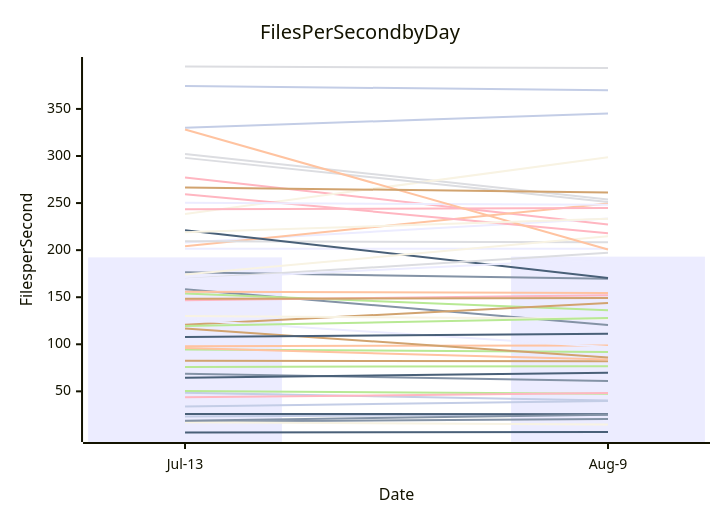
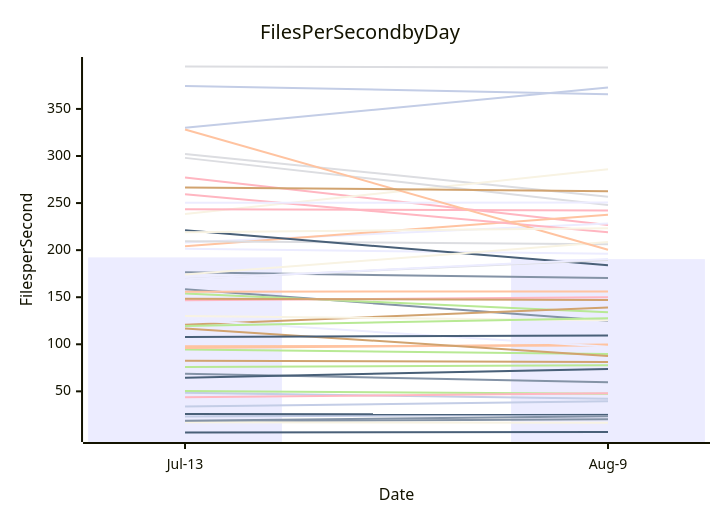
The diagram in perf-report.md (streetsidesoftware/cspell), drawn with Mermaid before and after one commit. The commit also changed other lines of this file and 2 other files, not shown here.

````diff
--- a/perf-report.md
+++ b/perf-report.md
@@ -11,57 +11,57 @@
 ```mermaid
 xychart-beta
     title Files Per Second by Day
     y-axis Files per Second
     x-axis Date [Jul-13, Aug-9]
-    bar [192.31, 193.11]
-    line [17.82, 20.68]
-    line [97.93, 98.82]
-    line [302.24, 253.74]
-    line [94.47, 91.82]
-    line [82.41, 81.85]
-    line [48.47, 40.41]
-    line [277.07, 227.27]
-    line [6.29, 6.73]
-    line [238.39, 298.78]
-    line [208.19, 233.71]
-    line [158.48, 120.52]
-    line [204.20, 249.58]
-    line [209.39, 208.48]
-    line [153.81, 136.16]
-    line [120.84, 143.72]
-    line [23.34, 25.44]
-    line [146.76, 152.19]
-    line [25.88, 25.75]
-    line [17.18, 14.71]
-    line [201.45, 201.58]
-    line [176.39, 169.63]
-    line [96.02, 83.73]
-    line [298.01, 251.21]
-    line [76.00, 76.70]
-    line [148.29, 149.06]
-    line [374.43, 369.78]
-    line [259.46, 218.06]
-    line [221.06, 170.53]
-    line [129.95, 127.08]
-    line [126.09, 97.05]
-    line [68.71, 60.93]
-    line [155.87, 154.35]
-    line [169.41, 197.19]
-    line [50.42, 47.45]
-    line [116.87, 86.00]
-    line [330.04, 345.24]
-    line [243.47, 244.65]
-    line [64.41, 69.79]
-    line [174.01, 214.84]
-    line [250.26, 248.30]
-    line [18.90, 25.04]
-    line [328.06, 200.72]
-    line [395.07, 393.48]
-    line [119.39, 127.88]
-    line [266.63, 261.34]
-    line [33.78, 39.88]
-    line [43.65, 48.16]
-    line [107.84, 111.25]
-    line [218.96, 233.27]
-    line [169.05, 190.84]
+    bar [192.31, 190.47]
+    line [17.82, 20.46]
+    line [97.93, 98.72]
+    line [302.24, 256.64]
+    line [94.47, 89.76]
+    line [82.41, 81.19]
+    line [48.47, 42.05]
+    line [277.07, 226.77]
+    line [6.29, 6.69]
+    line [238.39, 285.90]
+    line [208.19, 228.22]
+    line [158.48, 124.99]
+    line [204.20, 237.64]
+    line [209.39, 206.36]
+    line [153.81, 134.11]
+    line [120.84, 138.97]
+    line [23.34, 25.28]
+    line [146.76, 149.90]
+    line [25.88, 25.69]
+    line [17.18, 16.70]
+    line [201.45, 196.10]
+    line [176.39, 170.29]
+    line [96.02, 99.76]
+    line [298.01, 247.91]
+    line [76.00, 77.63]
+    line [148.29, 146.98]
+    line [374.43, 365.68]
+    line [259.46, 219.06]
+    line [221.06, 184.00]
+    line [129.95, 125.65]
+    line [126.09, 97.29]
+    line [68.71, 59.61]
+    line [155.87, 156.07]
+    line [169.41, 189.57]
+    line [50.42, 47.38]
+    line [116.87, 87.65]
+    line [330.04, 372.69]
+    line [243.47, 242.15]
+    line [64.41, 73.81]
+    line [174.01, 208.71]
+    line [250.26, 250.59]
+    line [18.90, 23.53]
+    line [328.06, 200.44]
+    line [395.07, 393.89]
+    line [119.39, 127.67]
+    line [266.63, 262.63]
+    line [33.78, 39.60]
+    line [43.65, 47.87]
+    line [107.84, 109.23]
+    line [218.96, 223.24]
+    line [169.05, 190.65]
 ```
````
